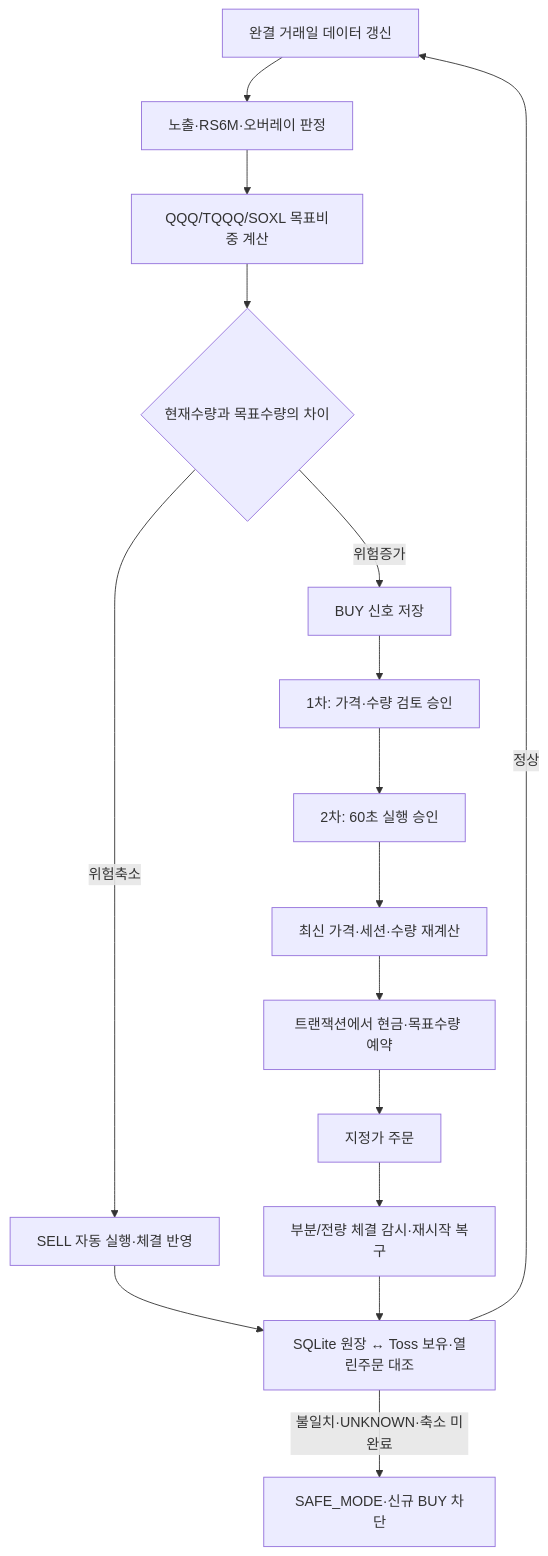
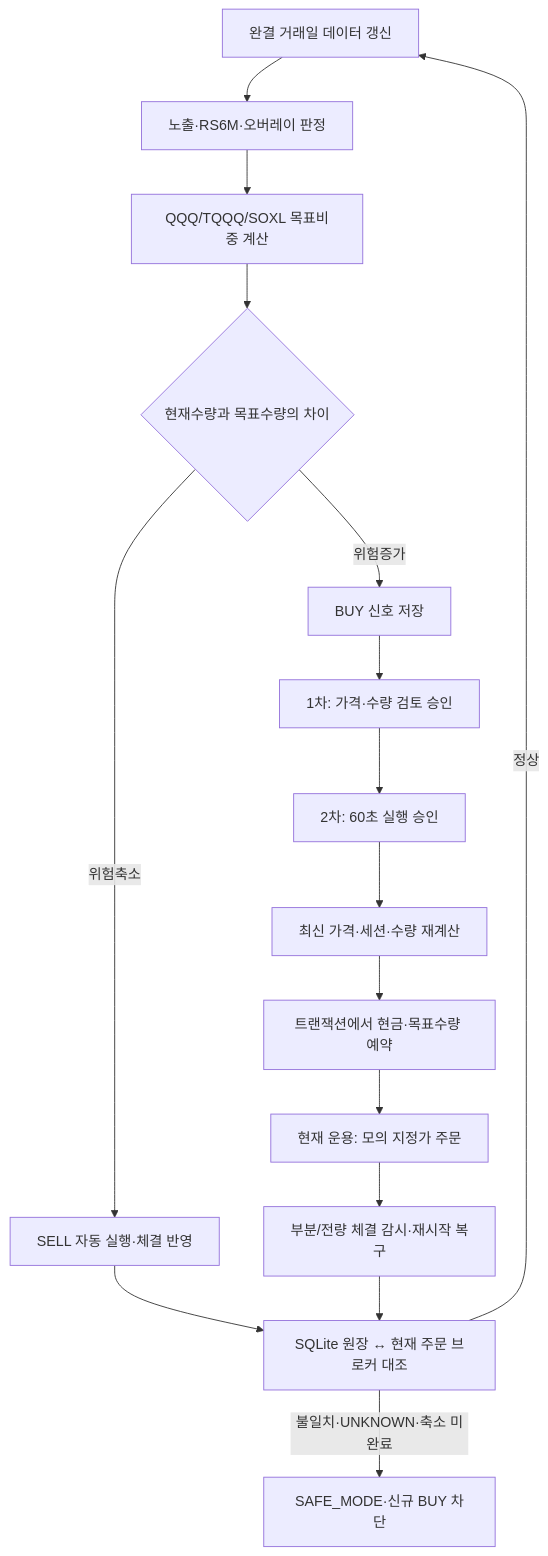
Before and after one commit to hwanff11/JD_HOLDINGS: the second of 3 diagrams in docs/STRATEGY_GUIDE.md, drawn with Mermaid. The commit also changed other lines of this file and 45 other files, not shown here.

```diff
--- a/docs/STRATEGY_GUIDE.md
+++ b/docs/STRATEGY_GUIDE.md
@@ -94,18 +96,18 @@
 ~~~mermaid
 flowchart TD
     A["완결 거래일 데이터 갱신"] --> B["노출·RS6M·오버레이 판정"]
     B --> C["QQQ/TQQQ/SOXL 목표비중 계산"]
     C --> D{"현재수량과 목표수량의 차이"}
     D -->|"위험축소"| E["SELL 자동 실행·체결 반영"]
     D -->|"위험증가"| F["BUY 신호 저장"]
     F --> G["1차: 가격·수량 검토 승인"]
     G --> H["2차: 60초 실행 승인"]
     H --> I["최신 가격·세션·수량 재계산"]
     I --> J["트랜잭션에서 현금·목표수량 예약"]
-    J --> K["지정가 주문"]
+    J --> K["현재 운용: 모의 지정가 주문"]
     K --> L["부분/전량 체결 감시·재시작 복구"]
-    E --> M["SQLite 원장 ↔ Toss 보유·열린주문 대조"]
+    E --> M["SQLite 원장 ↔ 현재 주문 브로커 대조"]
     L --> M
     M -->|"정상"| A
     M -->|"불일치·UNKNOWN·축소 미완료"| N["SAFE_MODE·신규 BUY 차단"]
 ~~~
```
